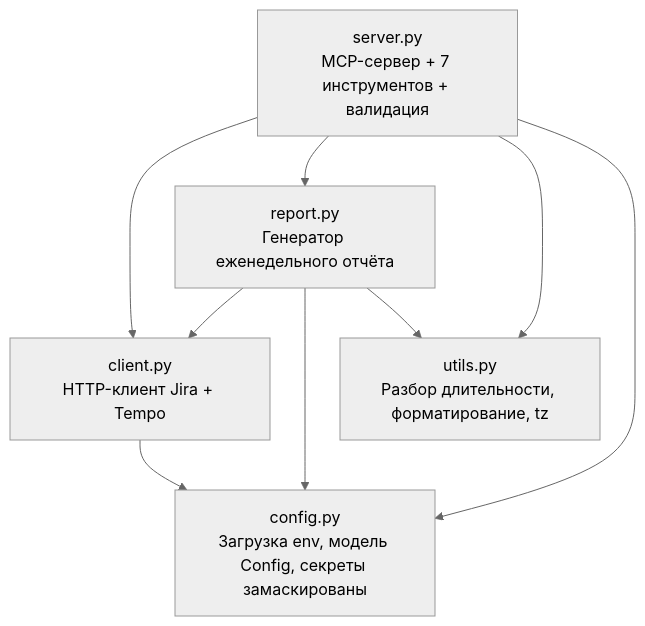
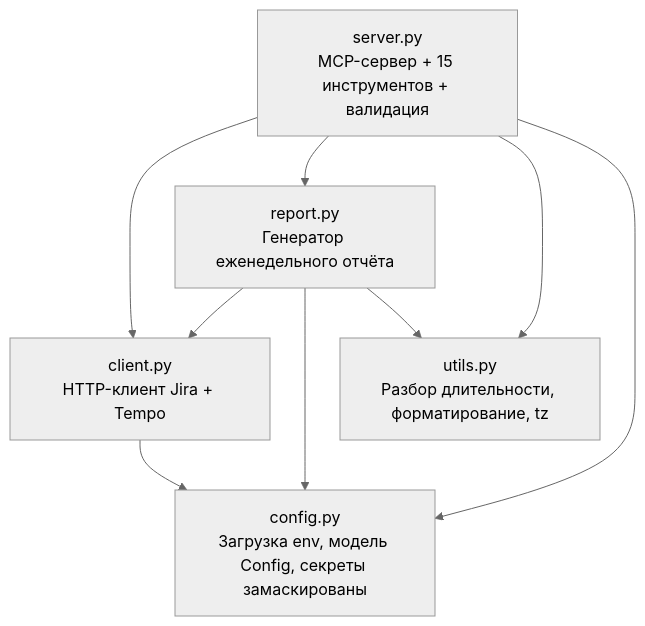
The first of 2 diagrams in docs/architecture.ru.md (Korrnals/jira-tempo-mcp), drawn with Mermaid (neutral theme) before and after one commit. The commit also changed other lines of this file and 1 other file, not shown here.

First line of the commit message:
docs(architecture): update tool count 9→15, CI reference, testing table

````diff
--- a/docs/architecture.ru.md
+++ b/docs/architecture.ru.md
@@ -10,11 +10,11 @@
 ```mermaid
 flowchart TD
-    S[server.py<br/>MCP-сервер + 7 инструментов + валидация] --> C[client.py<br/>HTTP-клиент Jira + Tempo]
+    S[server.py<br/>MCP-сервер + 15 инструментов + валидация] --> C[client.py<br/>HTTP-клиент Jira + Tempo]
     S --> R[report.py<br/>Генератор еженедельного отчёта]
     S --> U[utils.py<br/>Разбор длительности, форматирование, tz]
     S --> CFG[config.py<br/>Загрузка env, модель Config, секреты замаскированы]
     C --> CFG
     R --> C
     R --> CFG
     R --> U
 ```
````
